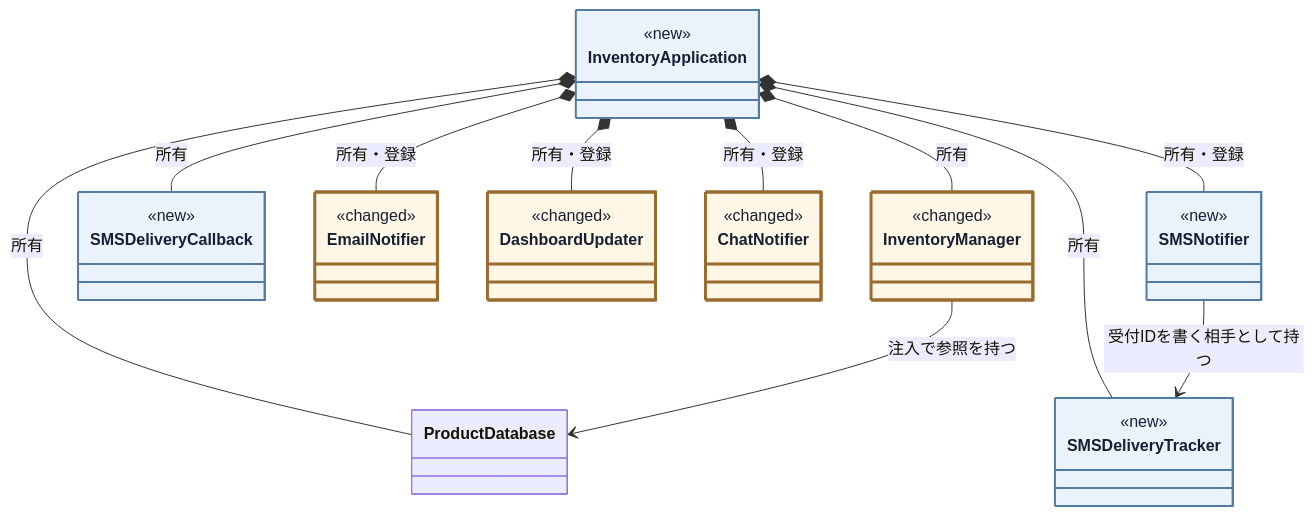
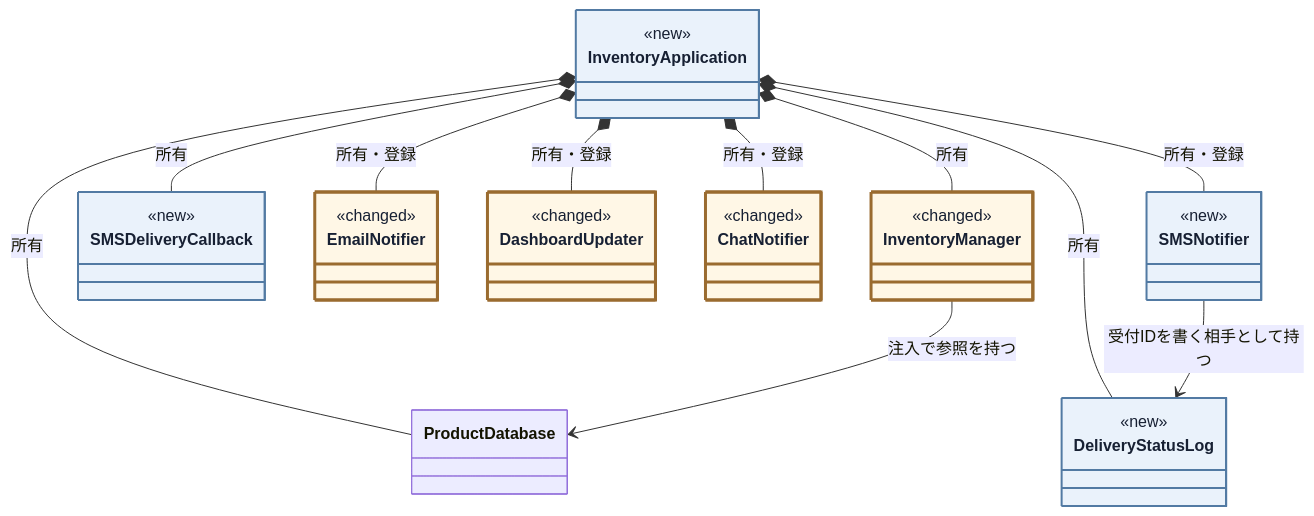
One commit to kumachan1101-pixel/DesignPattern changed diagram 14 of 20 in kindle/design-patterns/books/volume01-core-patterns/output/05-chapter03.md. Above: the diagram before and after it, drawn with Mermaid. The commit also changed other lines of this file and 6 other files, not shown here.

````diff
--- a/kindle/design-patterns/books/volume01-core-patterns/output/05-chapter03.md
+++ b/kindle/design-patterns/books/volume01-core-patterns/output/05-chapter03.md
@@ -1984,42 +1984,42 @@
 ```mermaid
 classDiagram
     direction TB
     class InventoryManager:::touched {
         <<changed>>
     }
     class ProductDatabase
-    class SMSDeliveryTracker:::added {
+    class DeliveryStatusLog:::added {
         <<new>>
     }
     class SMSDeliveryCallback:::added {
         <<new>>
     }
     class InventoryApplication:::added {
         <<new>>
     }
     class EmailNotifier:::touched {
         <<changed>>
     }
     class DashboardUpdater:::touched {
         <<changed>>
     }
     class ChatNotifier:::touched {
         <<changed>>
     }
     class SMSNotifier:::added {
         <<new>>
     }
     InventoryApplication *-- InventoryManager : 所有
     InventoryApplication *-- EmailNotifier : 所有・登録
     InventoryApplication *-- DashboardUpdater : 所有・登録
     InventoryApplication *-- ChatNotifier : 所有・登録
     InventoryApplication *-- SMSNotifier : 所有・登録
     InventoryApplication *-- ProductDatabase : 所有
-    InventoryApplication *-- SMSDeliveryTracker : 所有
+    InventoryApplication *-- DeliveryStatusLog : 所有
     InventoryApplication *-- SMSDeliveryCallback : 所有
     InventoryManager --> ProductDatabase : 注入で参照を持つ
-    SMSNotifier --> SMSDeliveryTracker : 受付IDを書く相手として持つ
+    SMSNotifier --> DeliveryStatusLog : 受付IDを書く相手として持つ
 
     classDef added fill:#eaf2fb,stroke:#527aa3,stroke-width:2px,color:#172033;
     classDef touched fill:#fff7e6,stroke:#9a6b2f,stroke-width:3px,color:#172033;
 ```
````
